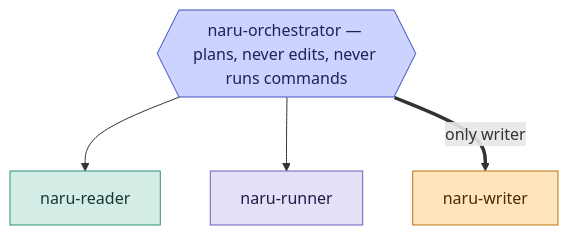
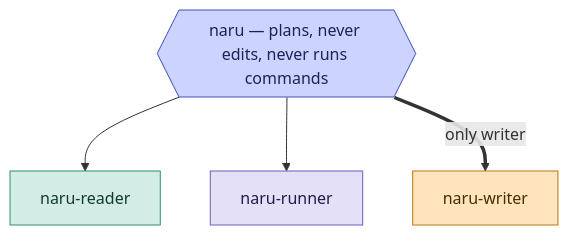
The diagram in docs/src/content/docs/workflows/agents.md (sean35mm/naru-opencode), drawn with Mermaid before and after one commit. The commit also changed other lines of this file and 27 other files, not shown here.

First line of the commit message:
feat: rename naru-orchestrator agent to naru

````diff
--- a/docs/src/content/docs/workflows/agents.md
+++ b/docs/src/content/docs/workflows/agents.md
@@ -10,15 +10,15 @@
 ```mermaid
 flowchart TB
-  ORC{{"naru-orchestrator — plans, never edits, never runs commands"}}:::coord
+  ORC{{"naru — plans, never edits, never runs commands"}}:::coord
   RD["naru-reader"]:::read
   RUN["naru-runner"]:::shell
   WR["naru-writer"]:::write
 
   ORC --> RD & RUN
   ORC ==>|"only writer"| WR
 
   classDef coord fill:#ccd3ff,stroke:#3f4fbe,color:#1b2456
   classDef read fill:#d3ece5,stroke:#2f8f78,color:#123a31
   classDef shell fill:#e3e0f7,stroke:#6a5fbe,color:#211b45
   classDef write fill:#ffe4bd,stroke:#b8760f,color:#4a2c00
 ```
````
